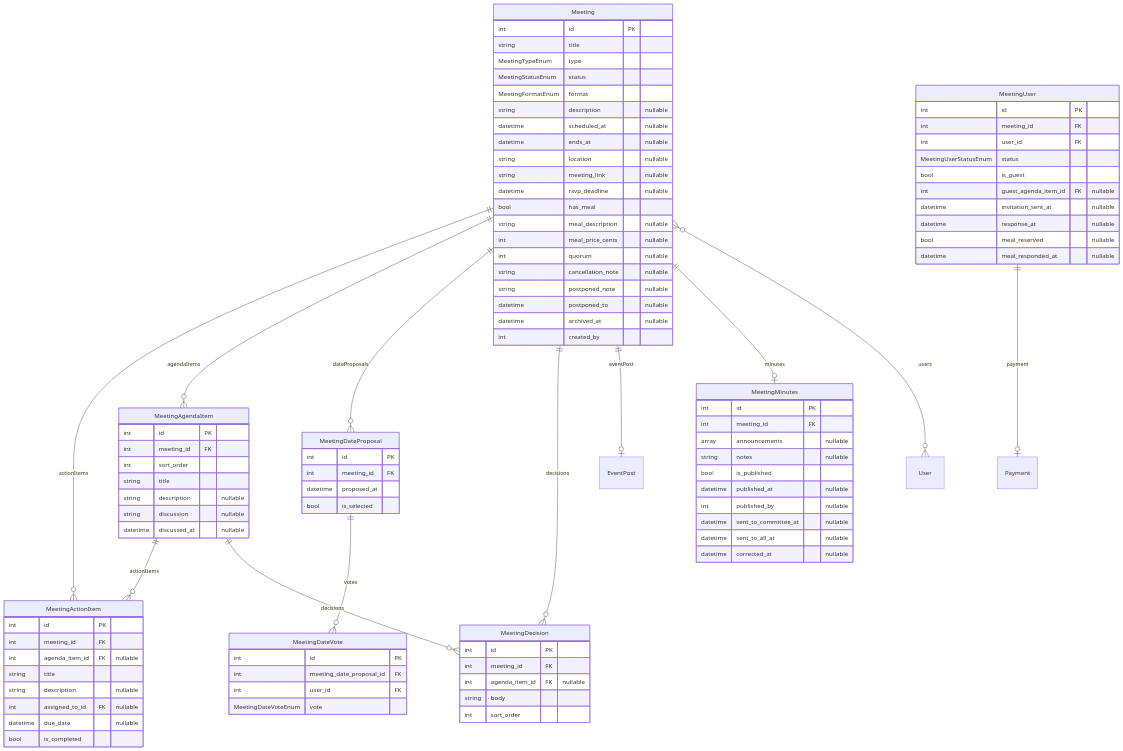
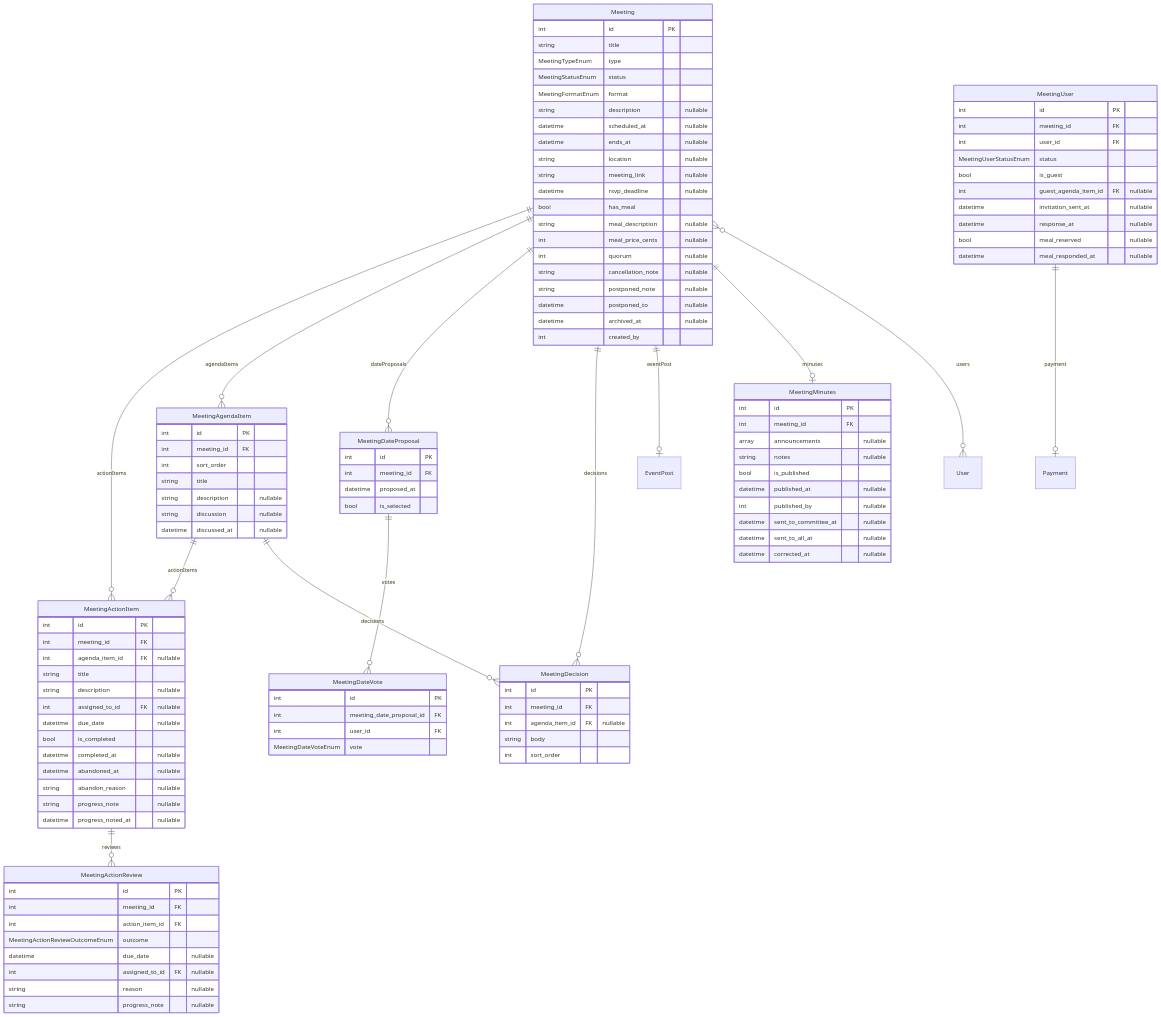
One commit to Paupoo/tabletennisclub-app changed the diagram in docs/erd/meetings.md. Above: the diagram before and after it, drawn with Mermaid. The commit also changed 30 other files, not shown here.

```diff
--- a/docs/erd/meetings.md
+++ b/docs/erd/meetings.md
@@ -33,6 +33,21 @@
         int assigned_to_id FK "nullable"
         datetime due_date "nullable"
         bool is_completed
+        datetime completed_at "nullable"
+        datetime abandoned_at "nullable"
+        string abandon_reason "nullable"
+        string progress_note "nullable"
+        datetime progress_noted_at "nullable"
+    }
+    MeetingActionReview {
+        int id PK
+        int meeting_id FK
+        int action_item_id FK
+        MeetingActionReviewOutcomeEnum outcome
+        datetime due_date "nullable"
+        int assigned_to_id FK "nullable"
+        string reason "nullable"
+        string progress_note "nullable"
     }
     MeetingAgendaItem {
         int id PK
@@ -94,6 +109,7 @@
     Meeting ||--o| EventPost : "eventPost"
     Meeting ||--o| MeetingMinutes : "minutes"
     Meeting }o--o{ User : "users"
+    MeetingActionItem ||--o{ MeetingActionReview : "reviews"
     MeetingAgendaItem ||--o{ MeetingActionItem : "actionItems"
     MeetingAgendaItem ||--o{ MeetingDecision : "decisions"
     MeetingDateProposal ||--o{ MeetingDateVote : "votes"
```
